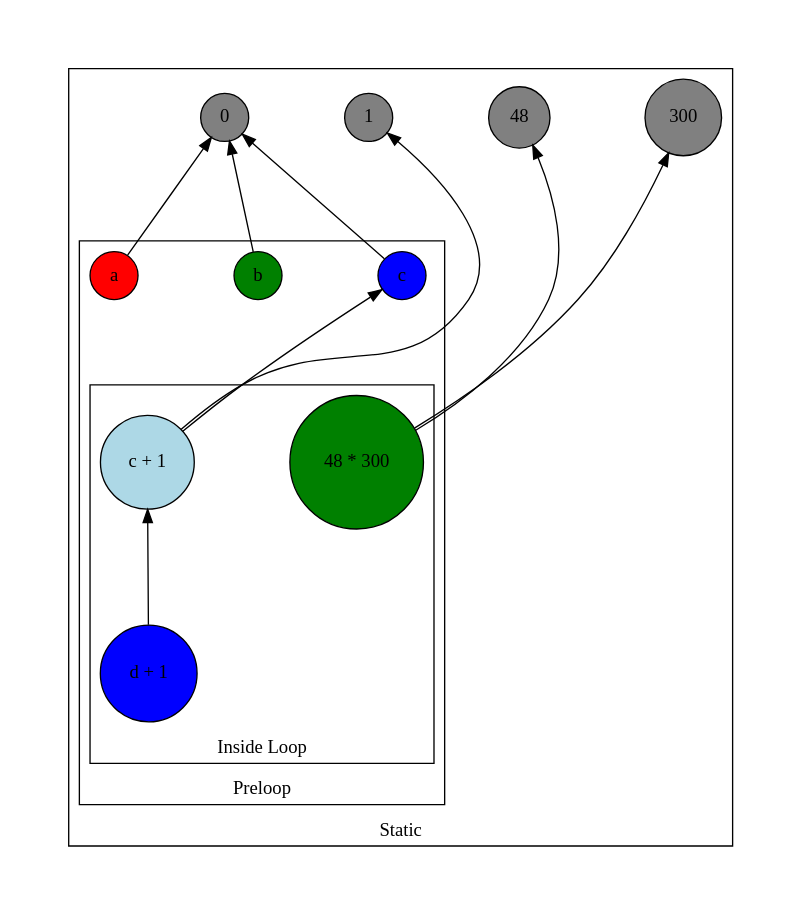
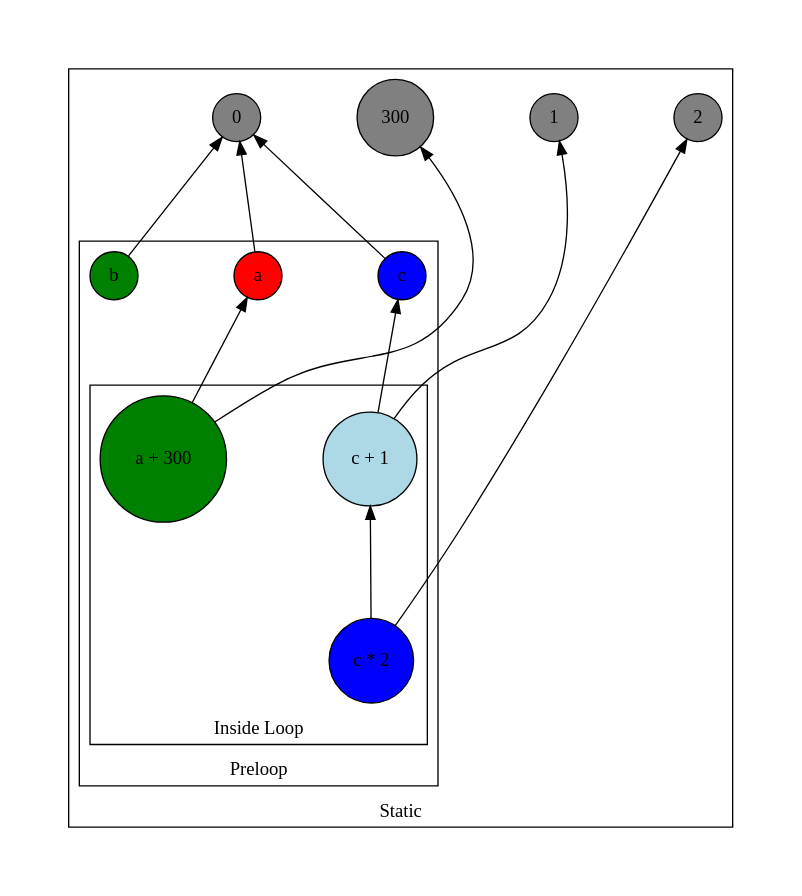
The diagram in tier1.dot (sjkillen/various-graphs), drawn with Graphviz before and after one commit. The commit also changed 1 other file, not shown here.

```diff
--- a/tier1.dot
+++ b/tier1.dot
@@ -1,45 +1,45 @@
 digraph {
     rankdir=BT
     newrank=true;
     graph [pad="0.5", nodesep="1", ranksep="1"];
     node[shape="circle", style="filled", fillcolor="grey", label=" "]
 
     subgraph clusterStatic {
         label="Static"
 
         _0[label="0"]
         _1[label="1"]
-        _48[label="48"]
+        _2[label="2"]
         _300[label="300"]
 
 
         subgraph clusterPreLoop {
             label="Preloop"
 
             b[label="b", fillcolor="green"]
             a[label="a", fillcolor="red"]
             c[label="c", fillcolor="blue"]
 
             
             subgraph cluster_0 {
                 label="Inside Loop"
 
-                b2[label="48 * 300", fillcolor="green"]
+                b2[label="a + 300", fillcolor="green"]
                 c2[label="c + 1", fillcolor="lightblue"]
-                d[label="d + 1", fillcolor="blue"]
+                d[label="c * 2", fillcolor="blue"]
             }
         }
     }
 
 
     a -> _0
     b -> _0
     c -> _0
-    b2 -> _48, _300
+    b2 -> a, _300
     c2 -> c, _1
-    d -> c2
+    d -> c2, _2
 
-    {rank = same; _0; _1; _48; _300; }
+    {rank = same; _0; _1; _2; _300; }
     {rank = same; a; b; c; }
     {rank = same; b2; c2}
 }
```
